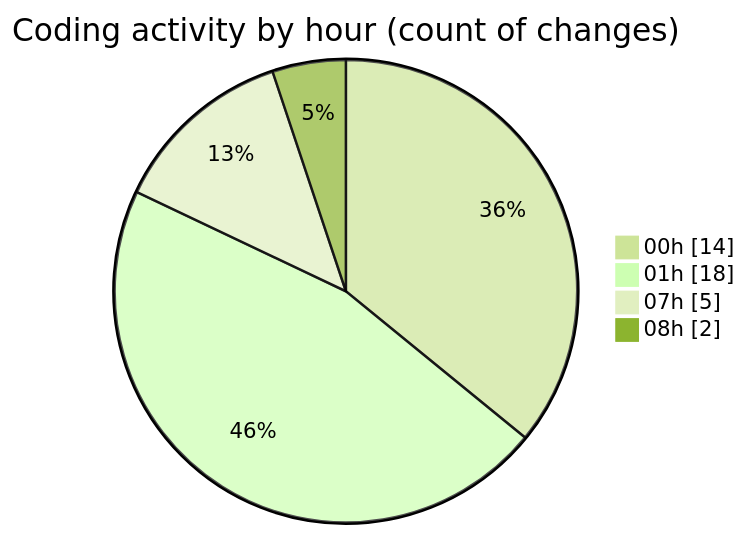
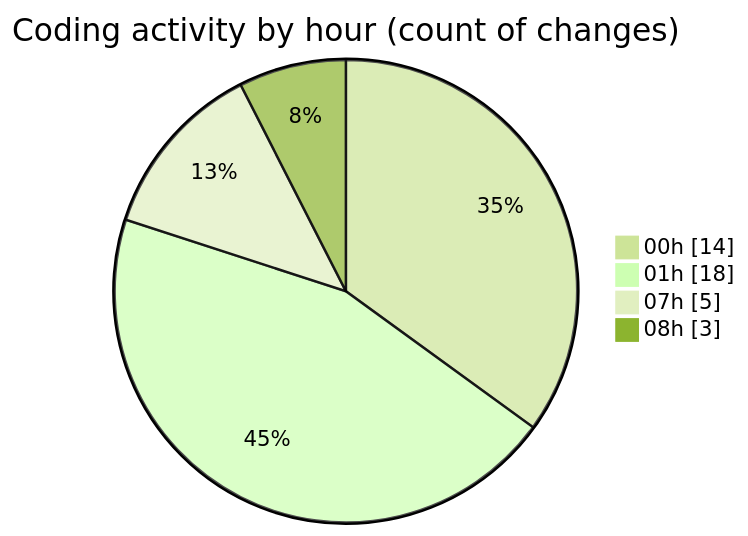
One commit to idhammustaqopulfikri/code-tracking changed the second of 2 diagrams in 2025-06-23/studio-backend/README.md. Above: the diagram before and after it, drawn with Mermaid (forest theme). The commit also changed other lines of this file and 1 other file, not shown here.

````diff
--- a/2025-06-23/studio-backend/README.md
+++ b/2025-06-23/studio-backend/README.md
@@ -32,8 +32,8 @@
 ```mermaid
 pie showData
 title Coding activity by hour (count of changes)
 "00h" : 14
 "01h" : 18
 "07h" : 5
-"08h" : 2
+"08h" : 3
 ```
````
